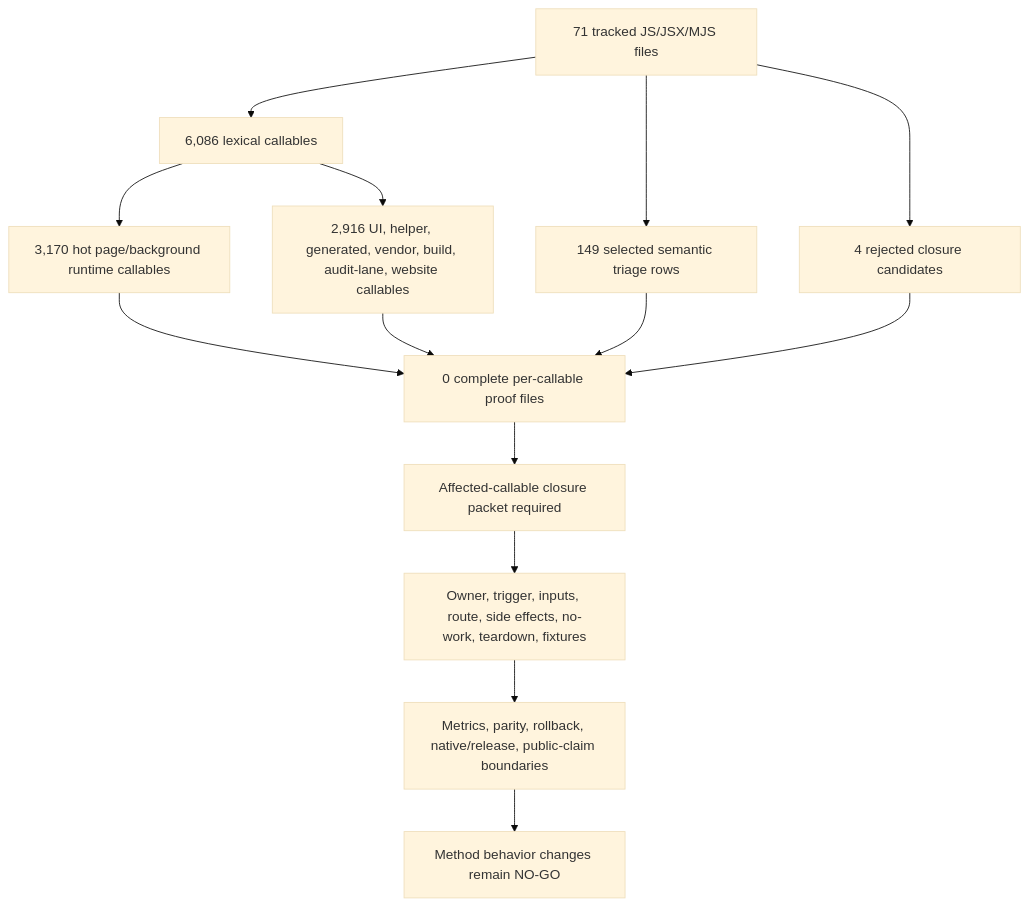
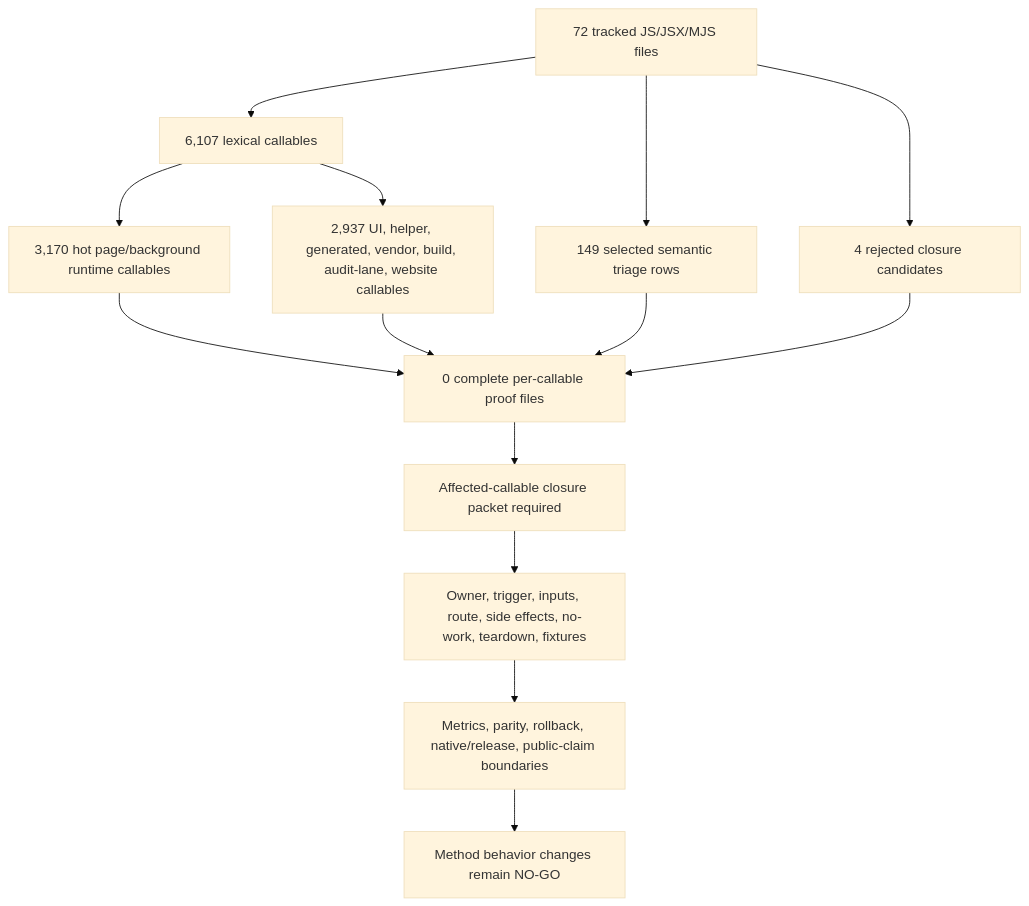
The first of 2 diagrams in docs/audit/FILTERTUBE_METHOD_SEMANTIC_PROOF_GAP_INDEX_CURRENT_BEHAVIOR_2026-05-25.md (varshneydevansh/FilterTube), drawn with Mermaid (base theme) before and after one commit. The commit also changed other lines of this file and 58 other files, not shown here.

````diff
--- a/docs/audit/FILTERTUBE_METHOD_SEMANTIC_PROOF_GAP_INDEX_CURRENT_BEHAVIOR_2026-05-25.md
+++ b/docs/audit/FILTERTUBE_METHOD_SEMANTIC_PROOF_GAP_INDEX_CURRENT_BEHAVIOR_2026-05-25.md
@@ -147,16 +147,16 @@
 ```mermaid
 flowchart TD
-  A["71 tracked JS/JSX/MJS files"] --> B["6,086 lexical callables"]
+  A["72 tracked JS/JSX/MJS files"] --> B["6,107 lexical callables"]
   B --> C["3,170 hot page/background runtime callables"]
-  B --> D["2,916 UI, helper, generated, vendor, build, audit-lane, website callables"]
+  B --> D["2,937 UI, helper, generated, vendor, build, audit-lane, website callables"]
   A --> E["149 selected semantic triage rows"]
   A --> F["4 rejected closure candidates"]
   C --> G["0 complete per-callable proof files"]
   D --> G
   E --> G
   F --> G
   G --> H["Affected-callable closure packet required"]
   H --> I["Owner, trigger, inputs, route, side effects, no-work, teardown, fixtures"]
   I --> J["Metrics, parity, rollback, native/release, public-claim boundaries"]
   J --> K["Method behavior changes remain NO-GO"]
 ```
````
